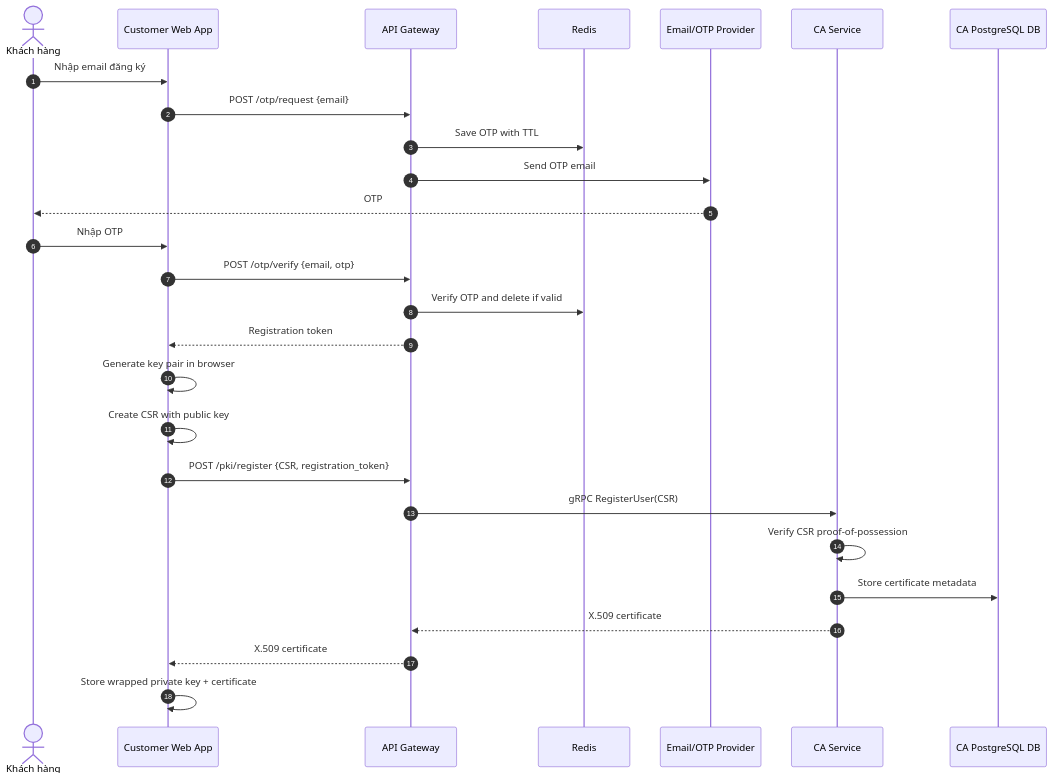
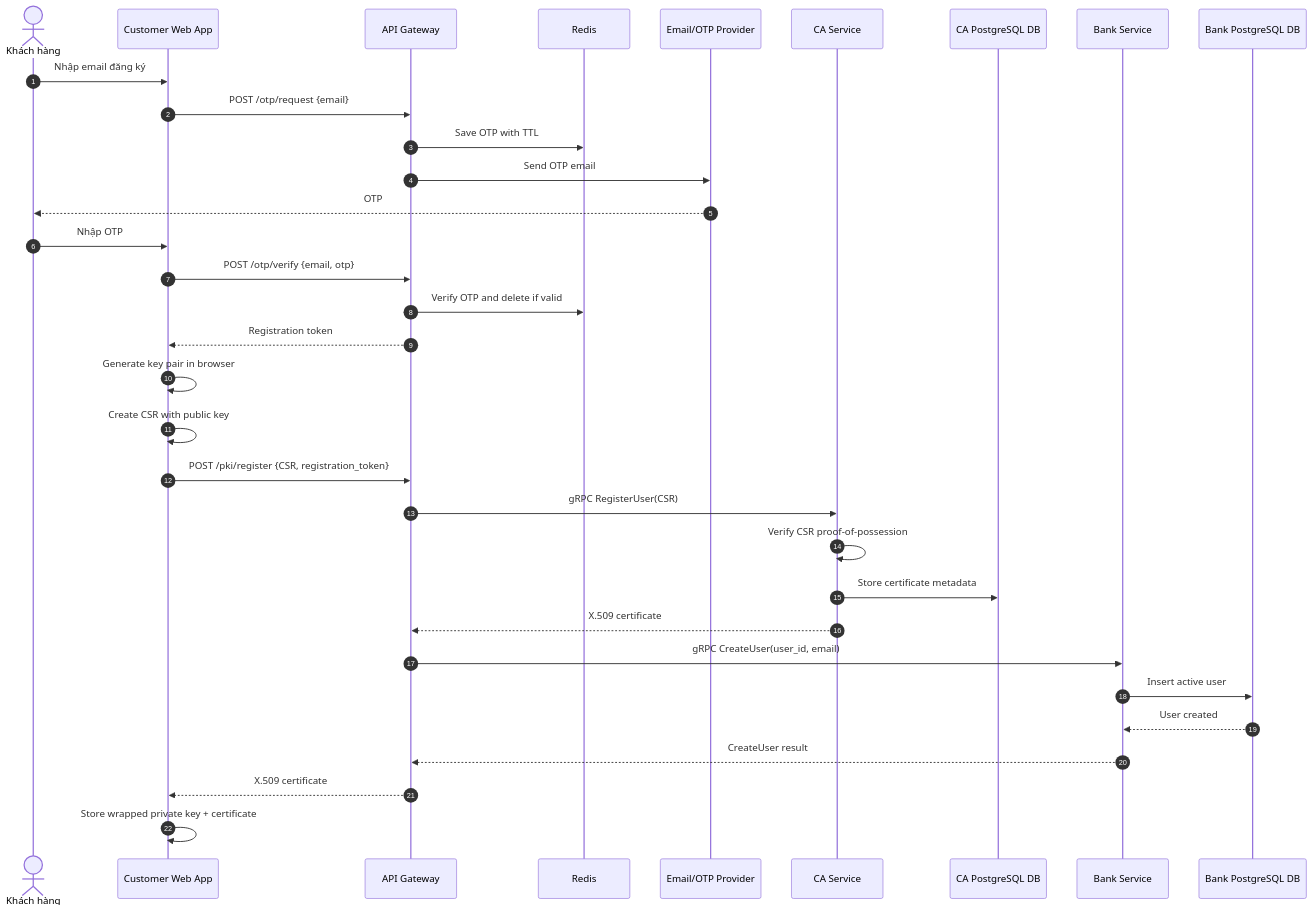
Before and after one commit to TNTT2305hcmus/mini-banking-app: the third of 6 diagrams in blueprint/design.md, drawn with Mermaid. The commit also changed other lines of this file and 25 other files, not shown here.

````diff
--- a/blueprint/design.md
+++ b/blueprint/design.md
@@ -369,32 +370,38 @@
 ```mermaid
 sequenceDiagram
     autonumber
     actor C as Khách hàng
     participant Web as Customer Web App
     participant G as API Gateway
     participant R as Redis
     participant E as Email/OTP Provider
     participant CA as CA Service
     participant CADB as CA PostgreSQL DB
+    participant B as Bank Service
+    participant DB as Bank PostgreSQL DB
 
     C->>Web: Nhập email đăng ký
     Web->>G: POST /otp/request {email}
     G->>R: Save OTP with TTL
     G->>E: Send OTP email
     E-->>C: OTP
 
     C->>Web: Nhập OTP
     Web->>G: POST /otp/verify {email, otp}
     G->>R: Verify OTP and delete if valid
     G-->>Web: Registration token
 
     Web->>Web: Generate key pair in browser
     Web->>Web: Create CSR with public key
     Web->>G: POST /pki/register {CSR, registration_token}
     G->>CA: gRPC RegisterUser(CSR)
     CA->>CA: Verify CSR proof-of-possession
     CA->>CADB: Store certificate metadata
     CA-->>G: X.509 certificate
+    G->>B: gRPC CreateUser(user_id, email)
+    B->>DB: Insert active user
+    DB-->>B: User created
+    B-->>G: CreateUser result
     G-->>Web: X.509 certificate
     Web->>Web: Store wrapped private key + certificate
 ```
````
